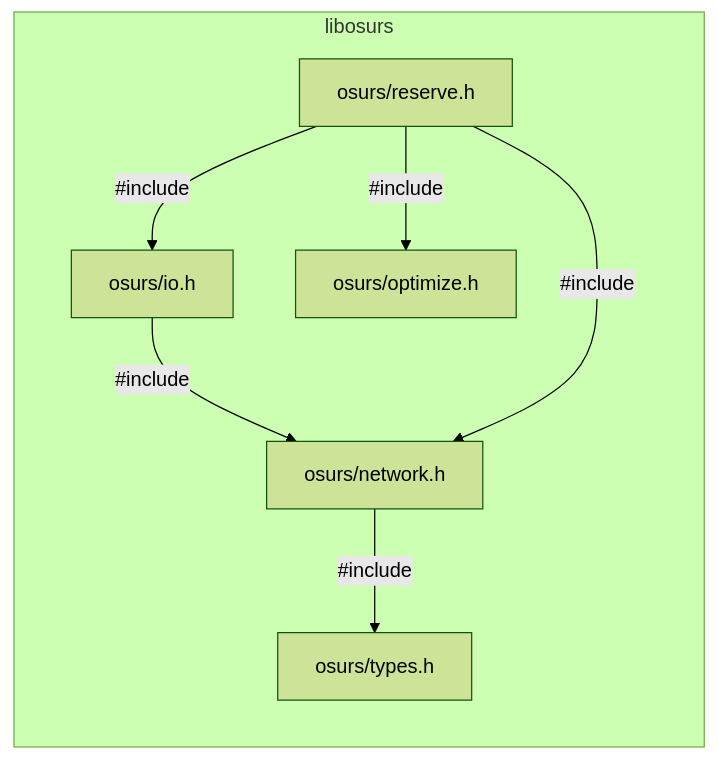
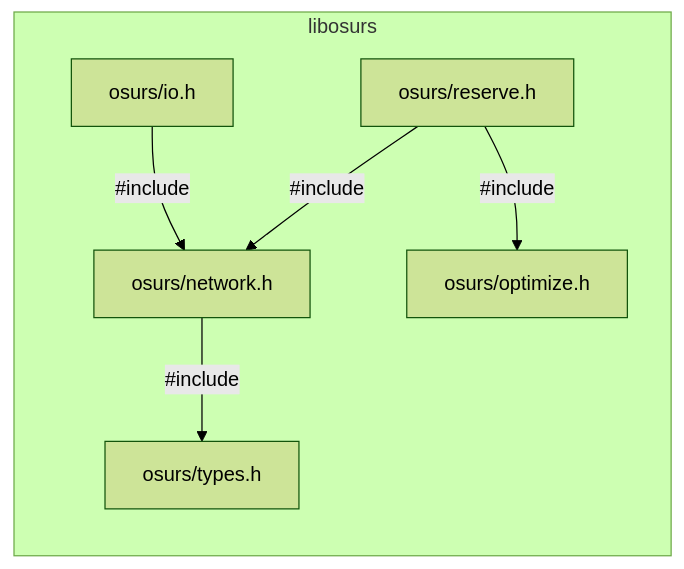
Before and after one commit to maptic/osurs: the first of 5 diagrams in README.md, drawn with Mermaid (forest theme).

Commit message:
Typo in dependency diagram.

````diff
--- a/README.md
+++ b/README.md
@@ -17,10 +17,9 @@
 ```mermaid
 graph RL;
   subgraph libosurs;
     osurs/network.h-->|#include|osurs/types.h;
     osurs/io.h-->|#include|osurs/network.h
     osurs/reserve.h-->|#include|osurs/network.h;
-    osurs/reserve.h-->|#include|osurs/io.h;
     osurs/reserve.h-->|#include|osurs/optimize.h;
   end;
 ```
````
